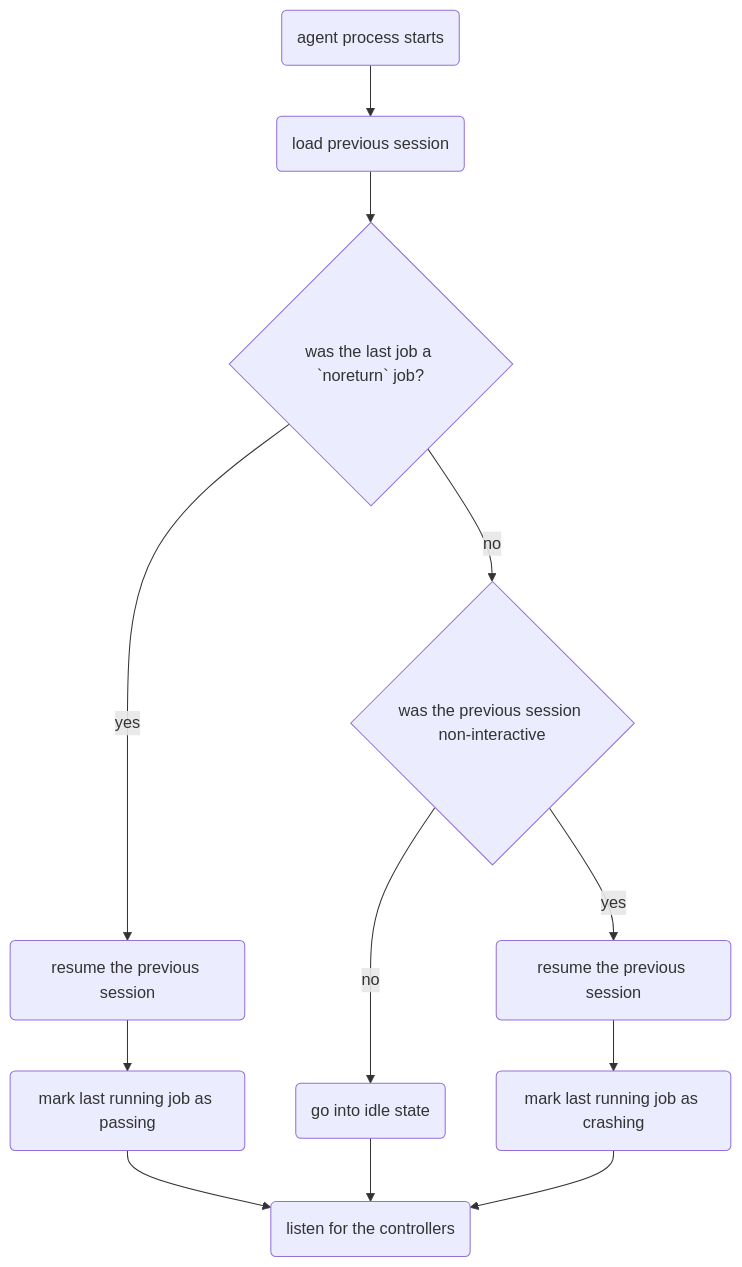
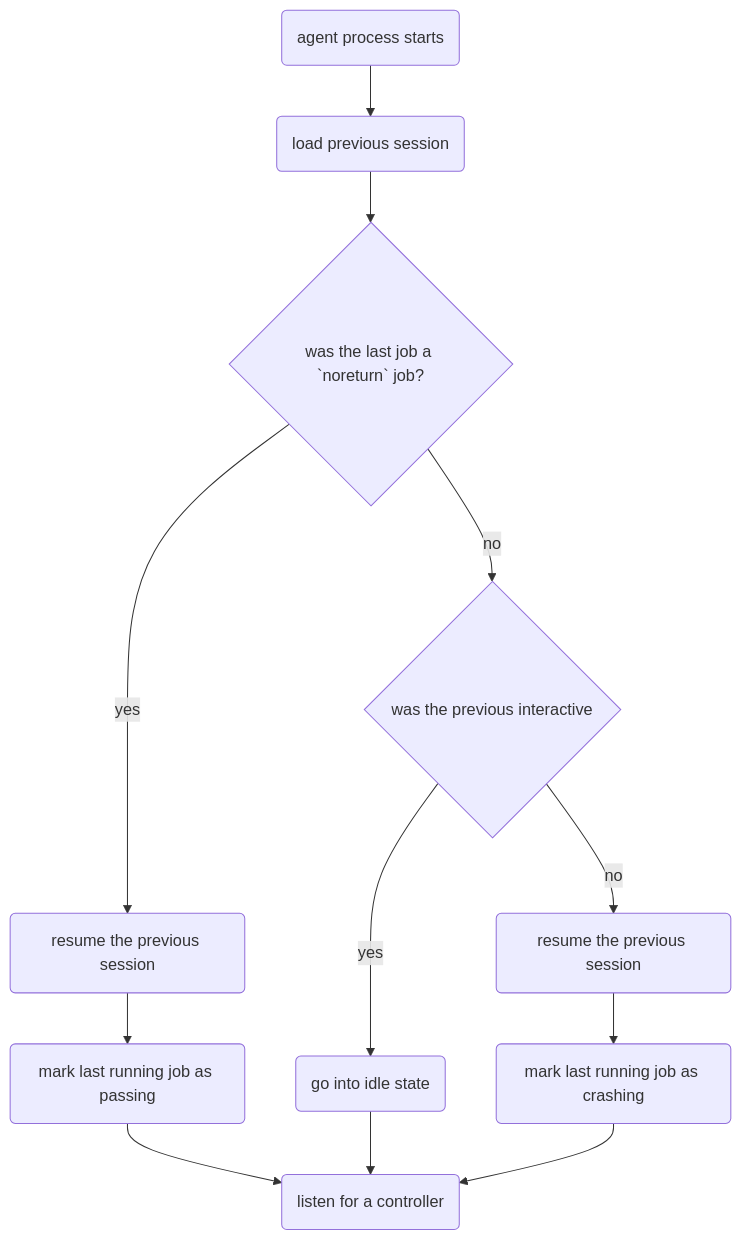
Before and after one commit to canonical/checkbox: the diagram in checkbox-ng/plainbox/impl/session/agent_bootup.md, drawn with Mermaid. The commit also changed 2 other files, not shown here.

Commit message:
tweaks after Max's suggestions

````diff
--- a/checkbox-ng/plainbox/impl/session/agent_bootup.md
+++ b/checkbox-ng/plainbox/impl/session/agent_bootup.md
@@ -4,30 +3,30 @@
 ```mermaid
 graph TD;
   proc("agent process starts")
   load("load previous session")
   resume("resume the previous session")
   resume_crashed("resume the previous session")
-  auto_session{"was the previous session non-interactive"}
+  interactive{"was the previous interactive"}
   mark_pass("mark last running job as passing")
   mark_crash("mark last running job as crashing")
   idle("go into idle state")
-  listen("listen for the controllers")
+  listen("listen for a controller")
   proc --> load
   last_job{"was the last job a `noreturn` job?"}
   load -->last_job
   last_job-->|yes| resume
   resume --> mark_pass
-  
-  last_job-->|no| auto_session
-  auto_session-->|no| idle
+
+  last_job-->|no| interactive
+  interactive-->|yes| idle
   idle --> listen
   mark_pass --> listen
 
-  auto_session-->|yes| resume_crashed
+  interactive-->|no| resume_crashed
   resume_crashed --> mark_crash
   mark_crash --> listen
 
-  
+
 
 
 ```
````
